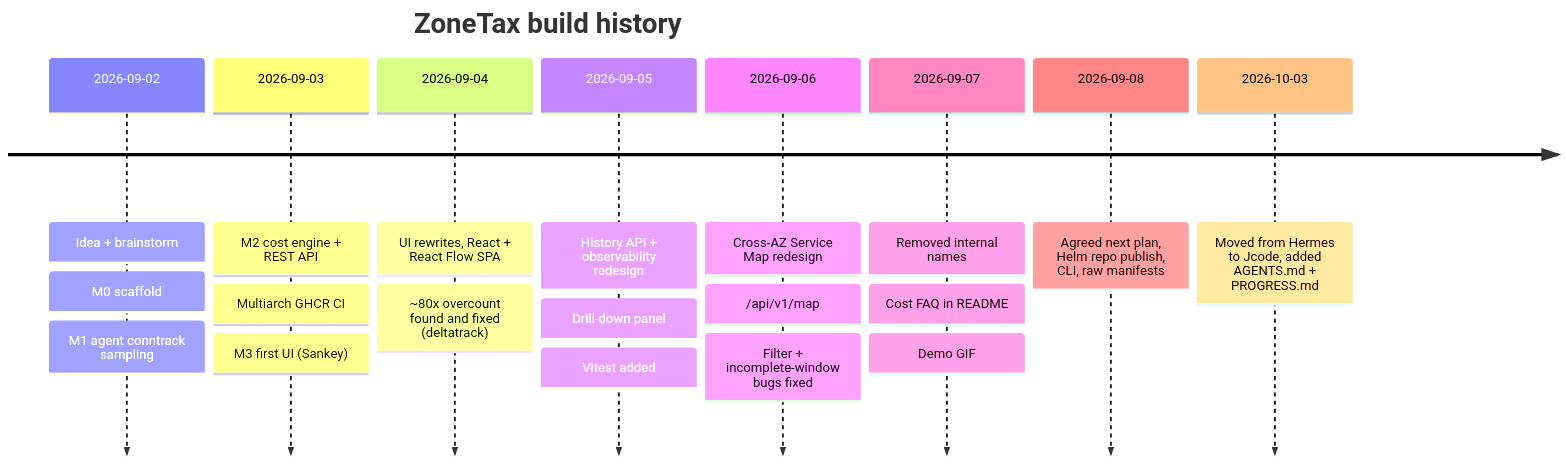
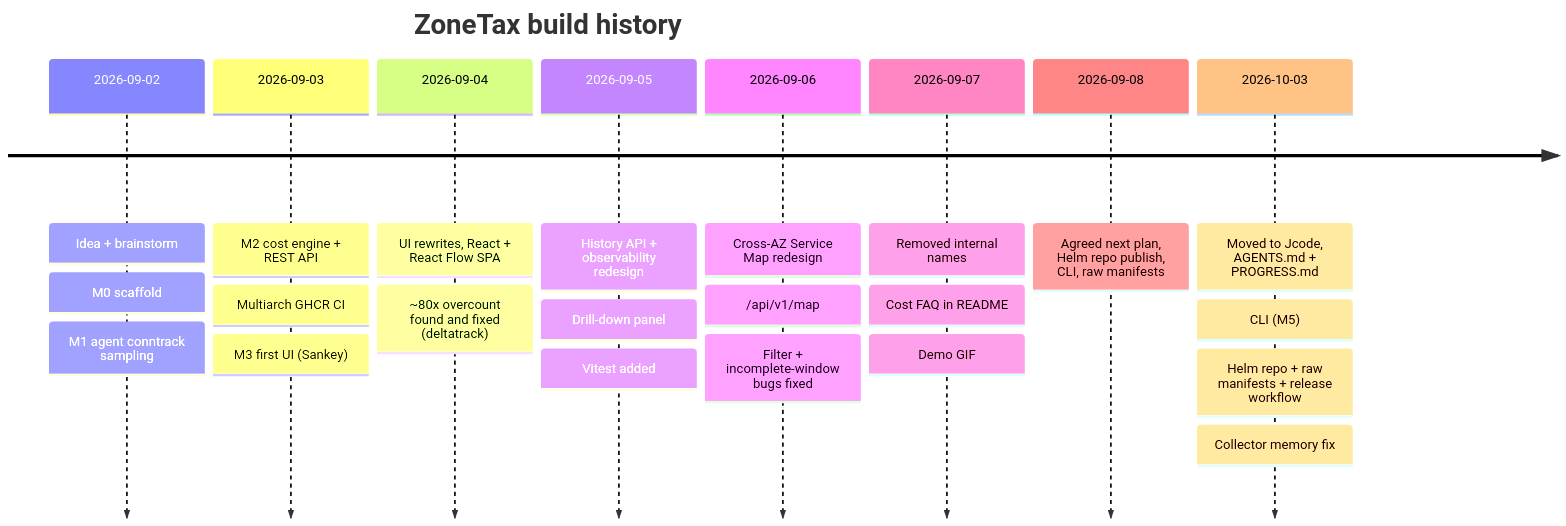
One commit to gargkrishna730/zonetax changed the diagram in docs/PROGRESS.md. Above: the diagram before and after it, drawn with Mermaid. The commit also changed other lines of this file and 4 other files, not shown here.

Commit message:
Docs: Helm/kubectl quickstart, CLI usage, release process, status update

````diff
--- a/docs/PROGRESS.md
+++ b/docs/PROGRESS.md
@@ -8,12 +8,12 @@
 ```mermaid
 timeline
   title ZoneTax build history
   2026-09-02 : Idea + brainstorm : M0 scaffold : M1 agent conntrack sampling
   2026-09-03 : M2 cost engine + REST API : Multiarch GHCR CI : M3 first UI (Sankey)
   2026-09-04 : UI rewrites, React + React Flow SPA : ~80x overcount found and fixed (deltatrack)
   2026-09-05 : History API + observability redesign : Drill-down panel : Vitest added
   2026-09-06 : Cross-AZ Service Map redesign : /api/v1/map : Filter + incomplete-window bugs fixed
   2026-09-07 : Removed internal names : Cost FAQ in README : Demo GIF
   2026-09-08 : Agreed next plan, Helm repo publish, CLI, raw manifests
-  2026-10-03 : Moved from Hermes to Jcode, added AGENTS.md + PROGRESS.md
+  2026-10-03 : Moved to Jcode, AGENTS.md + PROGRESS.md : CLI (M5) : Helm repo + raw manifests + release workflow : Collector memory fix
 ```
````
